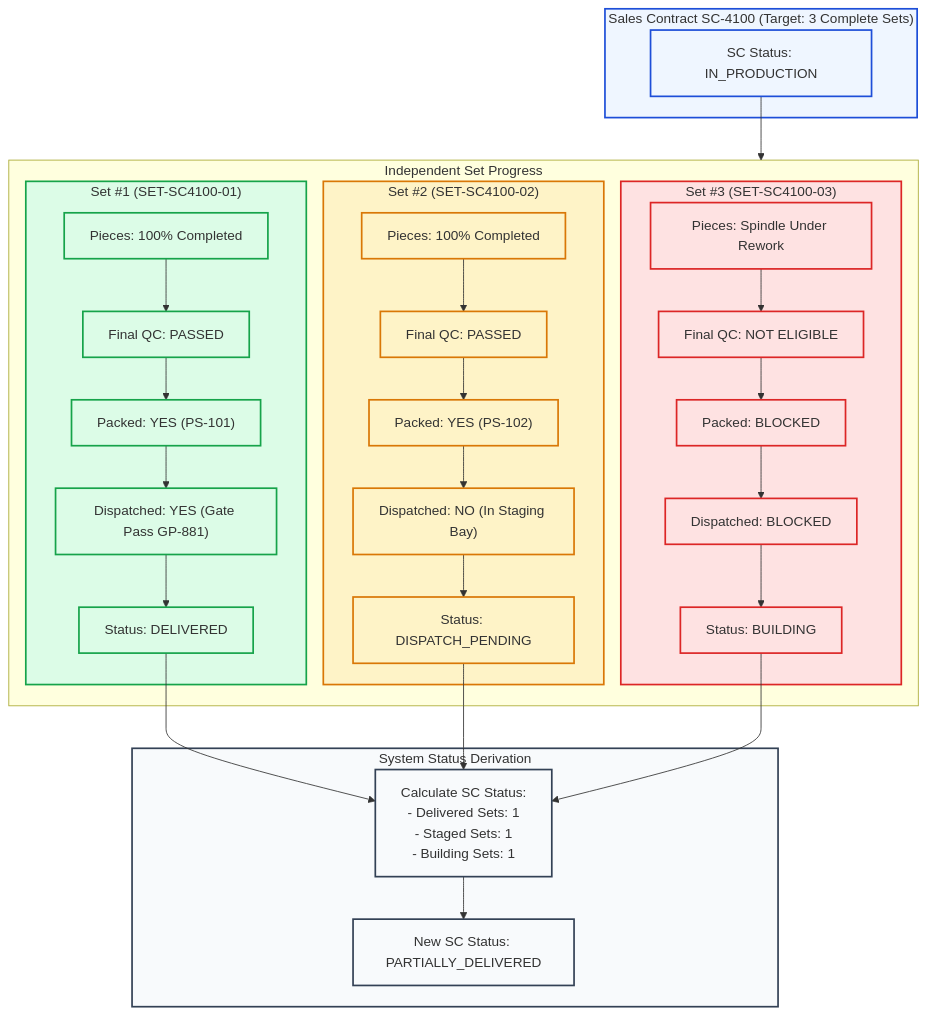
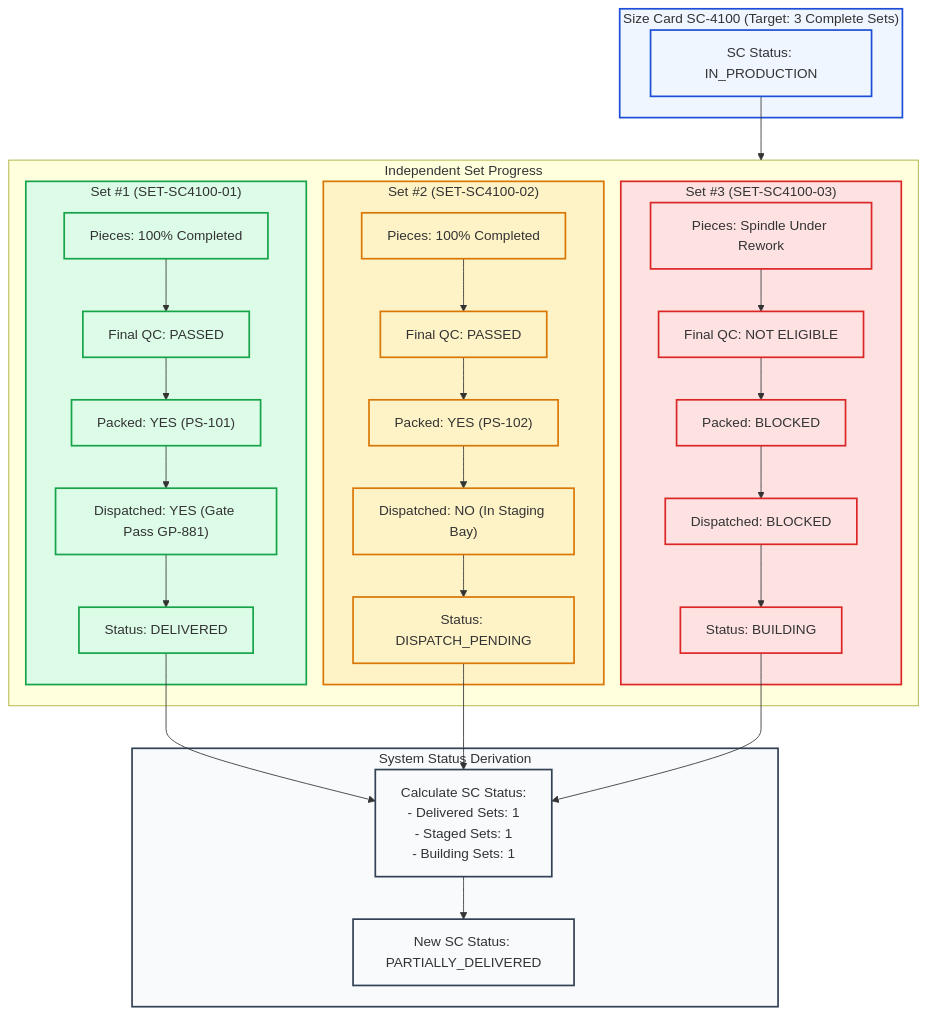
Before and after one commit to poairtronic/velan-production: the third of 6 diagrams in docs/phase-2/2.6-sc-and-completion-state-machine/05-sc-completion-diagrams-and-traceability.md, drawn with Mermaid. The commit also changed other lines of this file and 36 other files, not shown here.

Commit message:
docs: standardize SC = Size Card across all documentation

````diff
--- a/docs/phase-2/2.6-sc-and-completion-state-machine/05-sc-completion-diagrams-and-traceability.md
+++ b/docs/phase-2/2.6-sc-and-completion-state-machine/05-sc-completion-diagrams-and-traceability.md
@@ -80,59 +80,59 @@
 ```mermaid
 flowchart TD
-    subgraph SC_Header ["Sales Contract SC-4100 (Target: 3 Complete Sets)"]
+    subgraph SC_Header ["Size Card SC-4100 (Target: 3 Complete Sets)"]
         H_STATUS["SC Status: IN_PRODUCTION"]
     end
 
     subgraph Set_Progression ["Independent Set Progress"]
         subgraph Set1 ["Set #1 (SET-SC4100-01)"]
             S1_COMP["Pieces: 100% Completed"]
             S1_QC["Final QC: PASSED"]
             S1_PACK["Packed: YES (PS-101)"]
             S1_DSP["Dispatched: YES (Gate Pass GP-881)"]
             S1_STAT["Status: DELIVERED"]
         end
 
         subgraph Set2 ["Set #2 (SET-SC4100-02)"]
             S2_COMP["Pieces: 100% Completed"]
             S2_QC["Final QC: PASSED"]
             S2_PACK["Packed: YES (PS-102)"]
             S2_DSP["Dispatched: NO (In Staging Bay)"]
             S2_STAT["Status: DISPATCH_PENDING"]
         end
 
         subgraph Set3 ["Set #3 (SET-SC4100-03)"]
             S3_COMP["Pieces: Spindle Under Rework"]
             S3_QC["Final QC: NOT ELIGIBLE"]
             S3_PACK["Packed: BLOCKED"]
             S3_DSP["Dispatched: BLOCKED"]
             S3_STAT["Status: BUILDING"]
         end
     end
 
     subgraph Aggregation ["System Status Derivation"]
         AGG["Calculate SC Status:<br/>- Delivered Sets: 1<br/>- Staged Sets: 1<br/>- Building Sets: 1"]
         NEW_STATUS["New SC Status: PARTIALLY_DELIVERED"]
     end
 
     H_STATUS --> Set_Progression
     S1_COMP --> S1_QC --> S1_PACK --> S1_DSP --> S1_STAT
     S2_COMP --> S2_QC --> S2_PACK --> S2_DSP --> S2_STAT
     S3_COMP --> S3_QC --> S3_PACK --> S3_DSP --> S3_STAT
 
     S1_STAT --> AGG
     S2_STAT --> AGG
     S3_STAT --> AGG
     AGG --> NEW_STATUS
 
     classDef header fill:#eff6ff,stroke:#1d4ed8,stroke-width:2px;
     classDef delivered fill:#dcfce7,stroke:#16a34a,stroke-width:2px;
     classDef pending fill:#fef3c7,stroke:#d97706,stroke-width:2px;
     classDef building fill:#fee2e2,stroke:#dc2626,stroke-width:2px;
     classDef engine fill:#f8fafc,stroke:#334155,stroke-width:2px;
 
     class SC_Header,H_STATUS header;
     class Set1,S1_COMP,S1_QC,S1_PACK,S1_DSP,S1_STAT delivered;
     class Set2,S2_COMP,S2_QC,S2_PACK,S2_DSP,S2_STAT pending;
     class Set3,S3_COMP,S3_QC,S3_PACK,S3_DSP,S3_STAT building;
     class Aggregation,AGG,NEW_STATUS engine;
 ```
````
